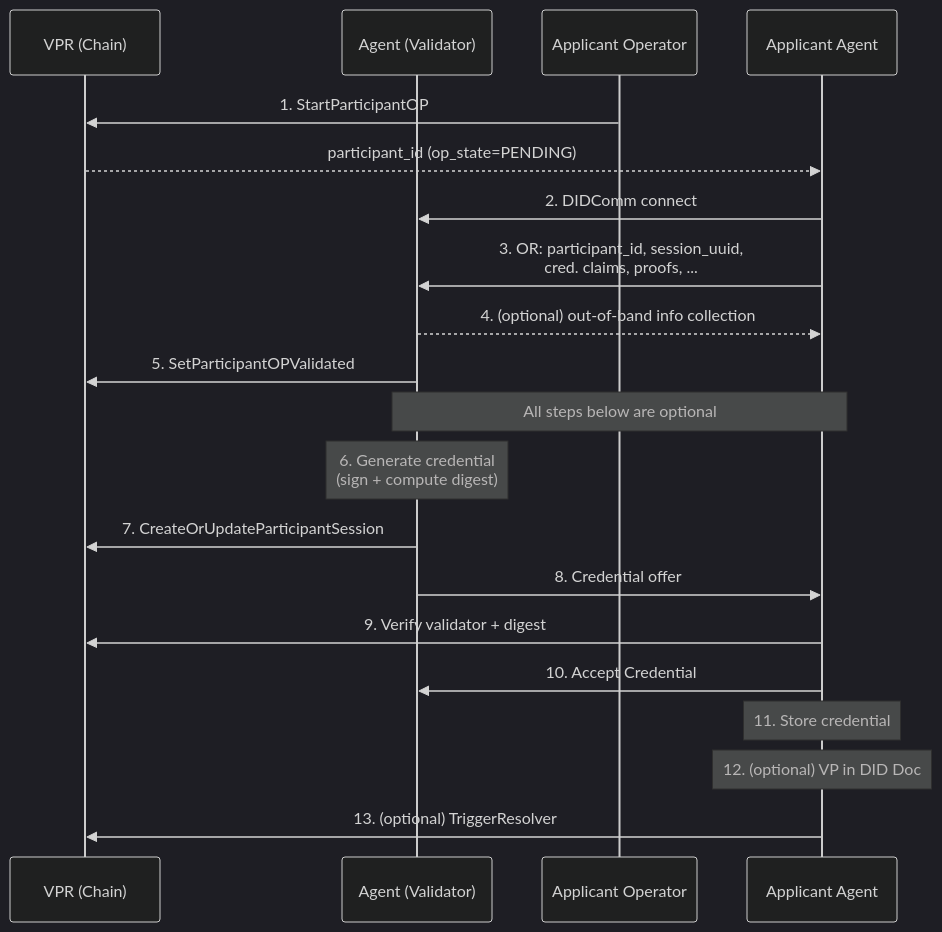
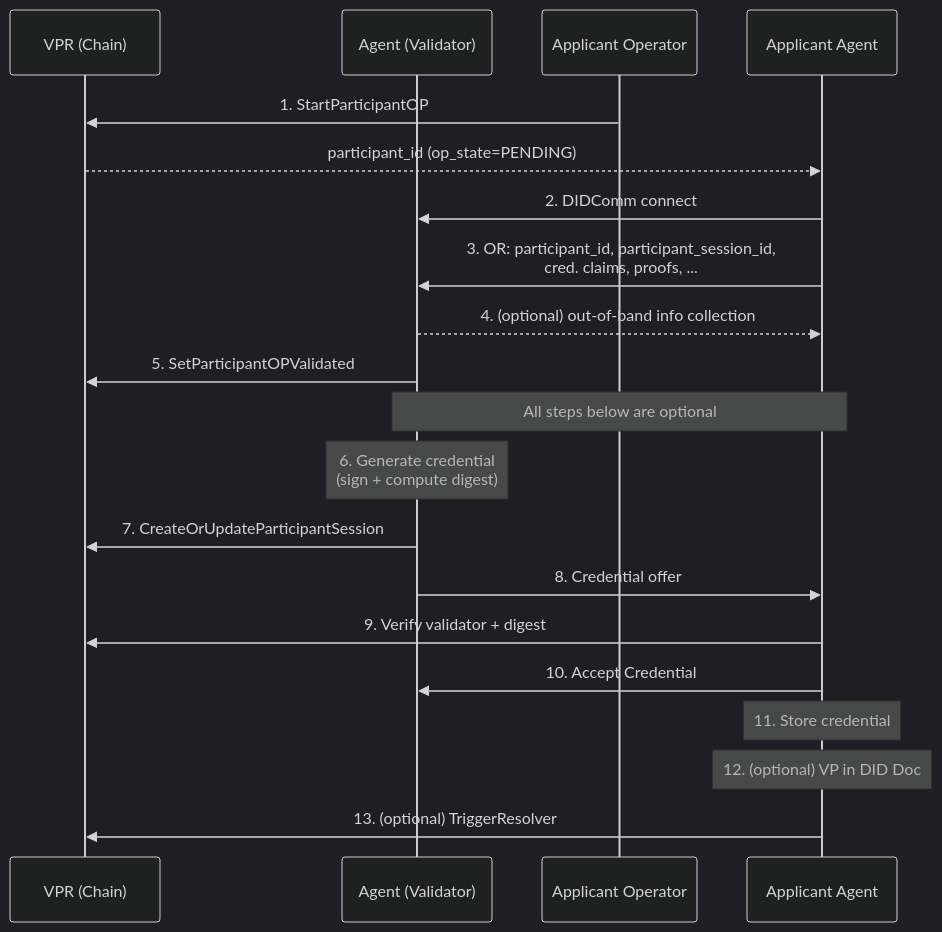
The fourth of 9 diagrams in v4/vs-agent/spec.md (verana-labs/verana-spec), drawn with Mermaid (dark theme) before and after one commit. The commit also changed other lines of this file and 2 other files, not shown here.

Commit message:
docs: fix service endpoint types, admin env variables, add DIDComm protocol for VT flow

````diff
--- a/v4/vs-agent/spec.md
+++ b/v4/vs-agent/spec.md
@@ -399,24 +396,24 @@
 ```mermaid
 sequenceDiagram
 
     participant VPR as VPR (Chain)
     participant Validator as Agent (Validator)
 
     Applicant Operator->>VPR: 1. StartParticipantOP
     VPR-->>Applicant Agent: participant_id (op_state=PENDING)
     Applicant Agent->>Validator: 2. DIDComm connect
-    Applicant Agent->>Validator: 3. OR: participant_id, session_uuid,<br/>cred. claims, proofs, ...
+    Applicant Agent->>Validator: 3. OR: participant_id, participant_session_id,<br/>cred. claims, proofs, ...
     Validator-->>Applicant Agent: 4. (optional) out-of-band info collection
     Validator->>VPR: 5. SetParticipantOPValidated
 
     Note over Applicant Agent,Validator: All steps below are optional
 
     Note over Validator: 6. Generate credential<br/>(sign + compute digest)
     Validator->>VPR: 7. CreateOrUpdateParticipantSession
     Validator->>Applicant Agent: 8. Credential offer
     Applicant Agent->>VPR: 9. Verify validator + digest
     Applicant Agent->>Validator: 10. Accept Credential
     Note over Applicant Agent: 11. Store credential
     Note over Applicant Agent: 12. (optional) VP in DID Doc
     Applicant Agent->>VPR: 13. (optional) TriggerResolver
 ```
````
